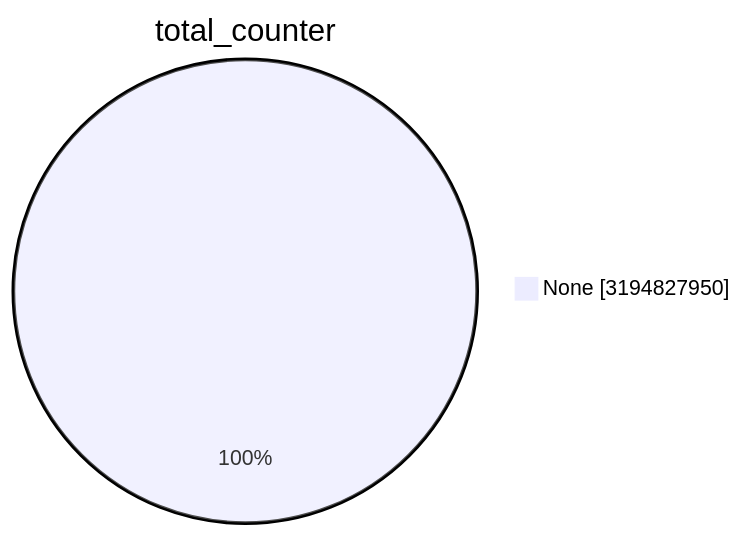
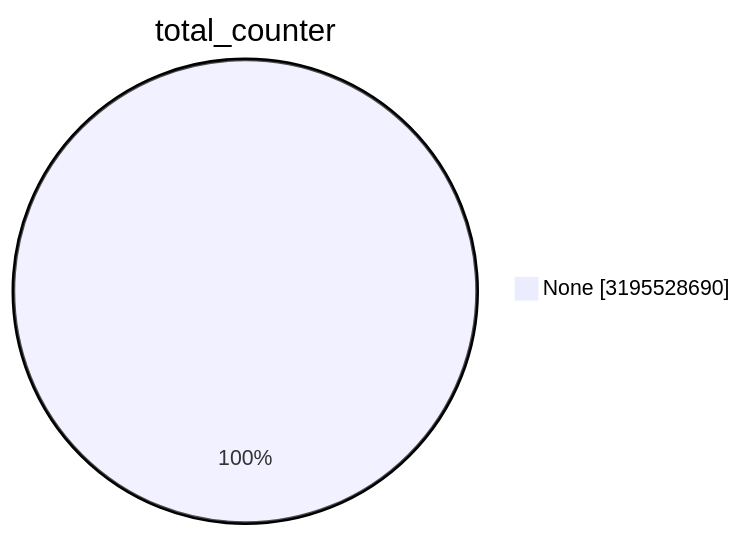
Before and after one commit to christiankrug/ctmonitor_visualization: the first of 15 diagrams in TOTAL/README.md, drawn with Mermaid. The commit also changed other lines of this file, not shown here.

````diff
--- a/TOTAL/README.md
+++ b/TOTAL/README.md
@@ -1,5 +1,5 @@
 ```mermaid
 pie showData
 title total_counter
-"None" :3194827950
+"None" :3195528690
 ```
````
